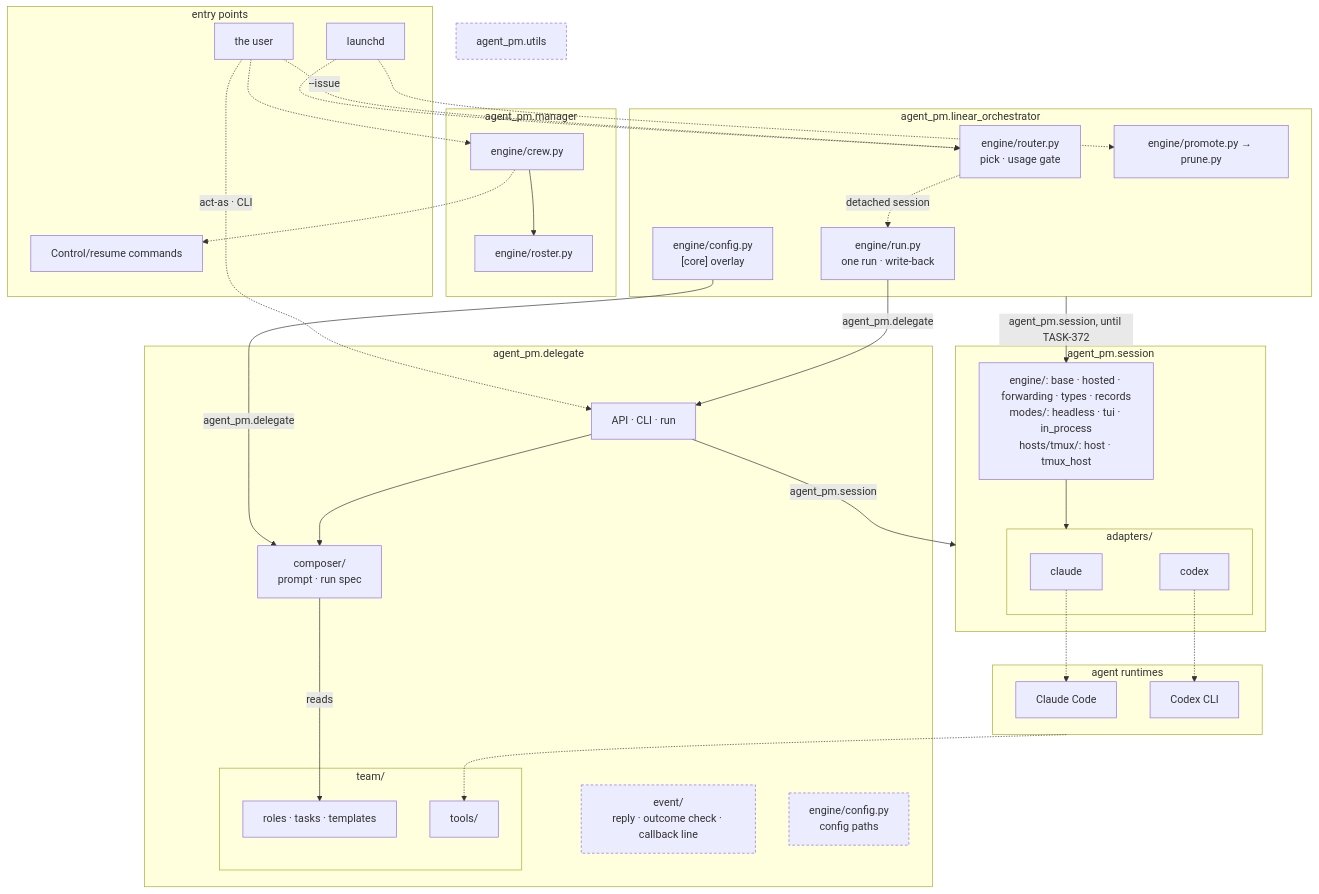
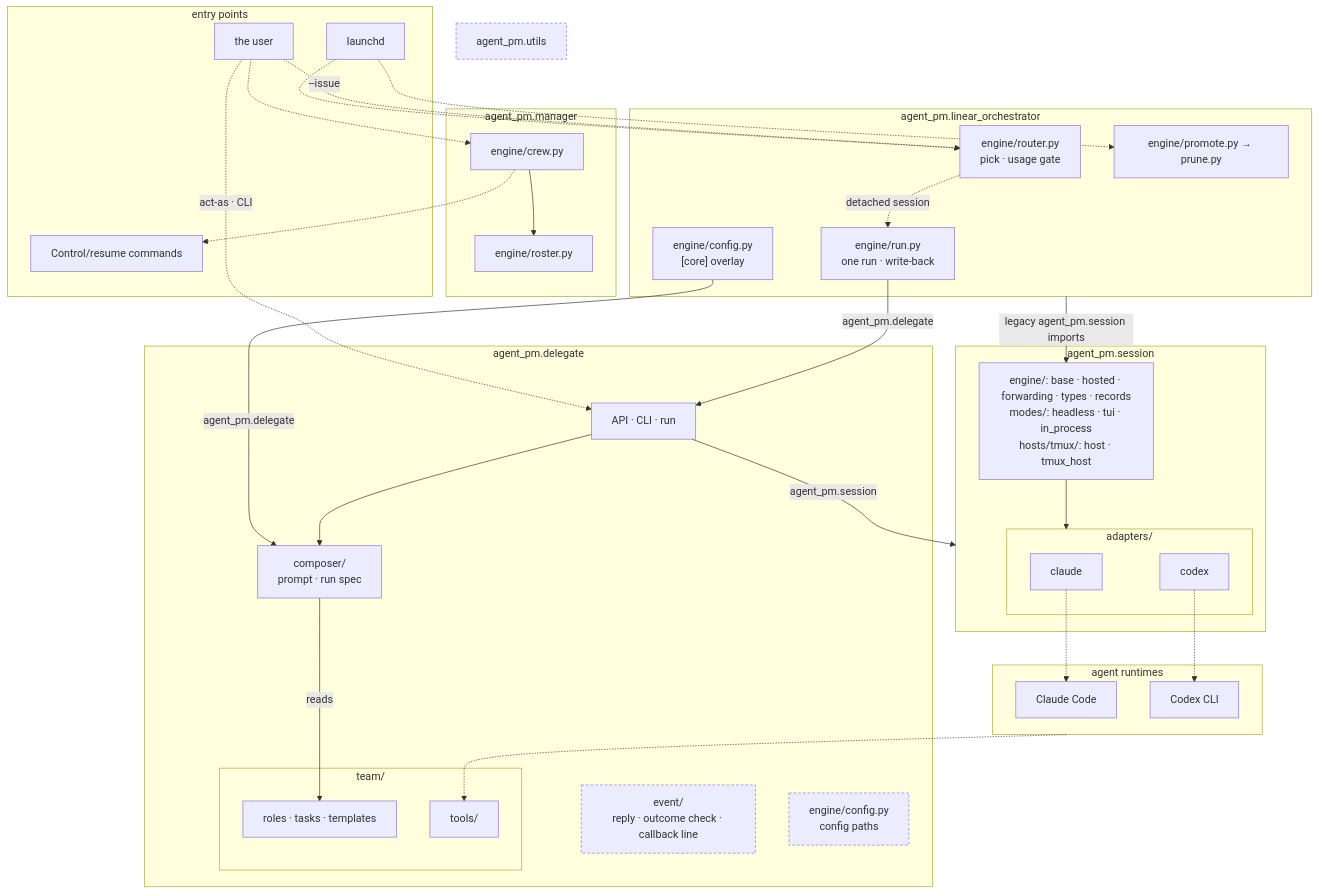
The second of 4 diagrams in README.md (ophis/agent-pm), drawn with Mermaid before and after one commit. The commit also changed other lines of this file and 69 other files, not shown here.

````diff
--- a/README.md
+++ b/README.md
@@ -18,57 +18,57 @@
 ```mermaid
 flowchart TB
   subgraph EN[entry points]
     LD[launchd]
     HU[the user]
     CC[Control/resume commands]
   end
   subgraph MG[agent_pm.manager]
     W["engine/crew.py"] --> RS["engine/roster.py"]
   end
   subgraph LO[agent_pm.linear_orchestrator]
     R["engine/router.py<br>pick · usage gate"]
     RU["engine/run.py<br>one run · write-back"]
     PP["engine/promote.py → prune.py"]
     LC["engine/config.py<br>[core] overlay"]
   end
   subgraph DL[agent_pm.delegate]
     D["API · CLI · run"]
     C["composer/<br>prompt · run spec"]
     EV["event/<br>reply · outcome check · callback line"]
     CF["engine/config.py<br>config paths"]
     subgraph TM[team/]
       T["roles · tasks · templates"]
       AT[tools/]
     end
   end
   subgraph SE[agent_pm.session]
     DR["engine/: base · hosted · forwarding · types · records<br>modes/: headless · tui · in_process<br>hosts/tmux/: host · tmux_host"]
     subgraph AD[adapters/]
       CL[claude]
       CX[codex]
     end
   end
   U[agent_pm.utils]
   subgraph RT[agent runtimes]
     P1[Claude Code]
     P2[Codex CLI]
   end
   LD -.-> R & PP
   HU -.->|"--issue"| R
   HU -.->|"act-as · CLI"| D
   HU -.-> W
   R -.->|detached session| RU
   RU -->|agent_pm.delegate| D
   LC -->|agent_pm.delegate| C
-  LO -->|"agent_pm.session, until TASK-372"| DR
+  LO -->|"legacy agent_pm.session imports"| DR
   W -.-> CC
   D --> C
   D -->|agent_pm.session| SE
   C -->|reads| T
   DR --> AD
   CL -.-> P1
   CX -.-> P2
   RT -.-> AT
   classDef shared stroke-dasharray: 4 3
   class EV,U,CF shared
 ```
````
